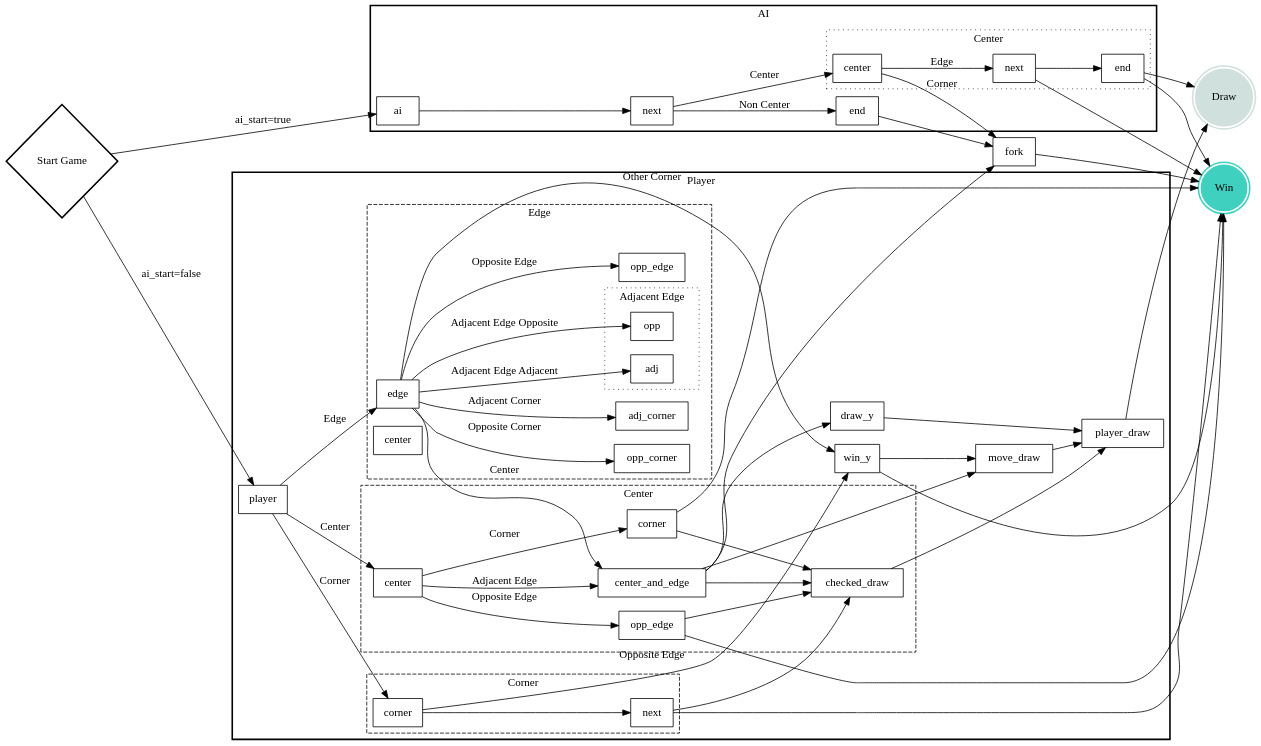
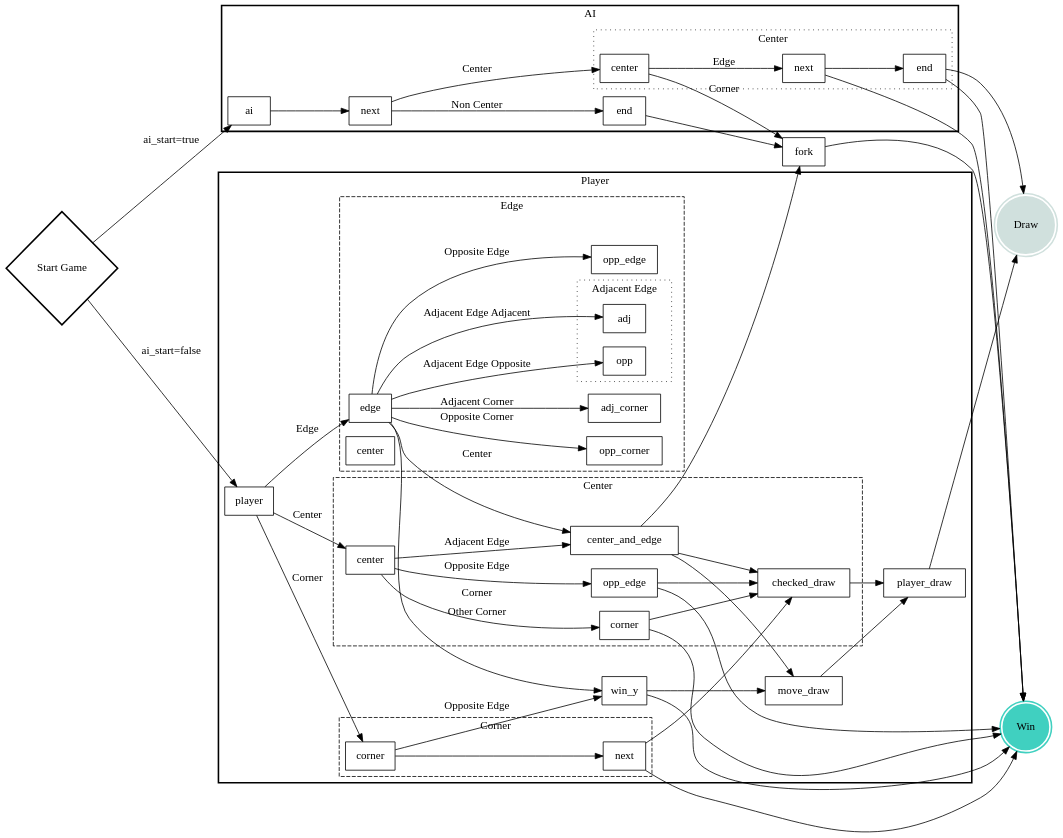
Before and after one commit to TasinFarhanMC/TTac: the diagram in graph/control_flow.dot, drawn with Graphviz. The commit also changed 2 other files, not shown here.

Commit message:
Removed draw_y

```diff
--- a/graph/control_flow.dot
+++ b/graph/control_flow.dot
@@ -1,146 +1,143 @@
 digraph TTacControlFlow {
   graph [bgcolor=transparent, rankdir=LR];
   node [shape=box];
 
   win [label="Win", shape=doublecircle, style="filled, bold", color="#40D0C0"];
   draw [label="Draw", shape=doublecircle, style="filled, bold", color="#D0E0DD"];
   { rank = max; win; draw; }
 
   fork -> win;
   { rank = same; fork; }
 
   game [label="Start Game", shape=diamond, style=bold, width=1, height=2];
   game -> ai [label="ai_start=true"];
   game -> player [label="ai_start=false"];
   
 
   subgraph cluster_ai {
     label="AI";
     style=bold;
 
     ai -> next;
 
     next -> end [label="Non Center"];
     next -> center [label="Center"];
 
     end -> fork;
 
     subgraph cluster_center {
       label="Center";
       style=dotted;
 
       center -> fork [label="Corner"];
 
       center -> center_next [label="Edge"];
 
       center_next [label="next"];
       center_end [label="end"];
 
       center_next -> win;
       center_next -> center_end;
 
       center_end -> win;
       center_end -> draw;
-
     };
   }
   
   subgraph cluster_player {
     label="Player";
     style=bold;
 
     player_draw -> draw;
     {rank=max; player_draw};
 
     subgraph cluster_terminal {
       style="invis";
 
       checked_draw -> player_draw;
       move_draw -> player_draw;
-      draw_y -> player_draw;
-      // {rank=same; checked_draw, move_draw, draw_y};
+      // {rank=same; checked_draw, move_draw};
 
       win_y -> win;
       win_y -> move_draw;
 
       center_and_edge -> fork;
-      center_and_edge -> draw_y;
       center_and_edge -> checked_draw;
       center_and_edge -> move_draw;
     }
 
     player -> player_center [label="Center"];
     player -> player_corner [label="Corner"];
     player -> player_edge [label="Edge"];
 
     subgraph cluster_center {
       label="Center";
       style=dashed;
 
       player_center [label="center"];
       player_center_corner [label="corner"];
       player_center_opp_edge [label="opp_edge"];
 
       player_center -> player_center_corner [label="Corner"];
 
       player_center_corner -> win;
       player_center_corner -> checked_draw;
 
       subgraph cluster_center_edge {
         style="invis";
         rank = same;
 
         player_center -> center_and_edge [label="Adjacent Edge"];
         player_center -> player_center_opp_edge [label="Opposite Edge"];
 
         player_center_opp_edge -> win;
         player_center_opp_edge -> checked_draw;
       }
     }
 
     subgraph cluster_corner {
       label="Corner";
       style=dashed;
 
       player_corner [label="corner"];
       player_corner_next [label="next"];
 
       player_corner -> player_corner_next;
       player_corner -> win_y [label="Opposite Edge"];
 
       player_corner_next -> win;
       player_corner_next -> checked_draw;
     }
 
     subgraph cluster_edge {
       label="Edge";
       style=dashed;
 
       player_edge [label="edge"];
       player_edge_center [label="center"];
       player_edge_opp_corner [label="opp_corner"];
       player_edge_adj_corner [label="adj_corner"];
 
       player_edge -> win_y [label="Other Corner"];
       player_edge -> center_and_edge [label="Center"];
       player_edge -> player_edge_opp_corner [label="Opposite Corner"];
       player_edge -> player_edge_adj_corner [label="Adjacent Corner"];
       player_edge -> player_edge_opp_edge [label="Opposite Edge"];
       player_edge -> player_edge_opp [label="Adjacent Edge Opposite"];
       player_edge -> player_edge_adj [label="Adjacent Edge Adjacent"];
 
       subgraph cluster_edge {
         style=invis;
         player_edge_opp_edge [label="opp_edge"];
 
         subgraph cluster_adj_edge {
           label="Adjacent Edge";
           style=dotted;
 
           player_edge_opp [label="opp"];
           player_edge_adj [label="adj"];
         }
       }
     }
   }
 }
```
